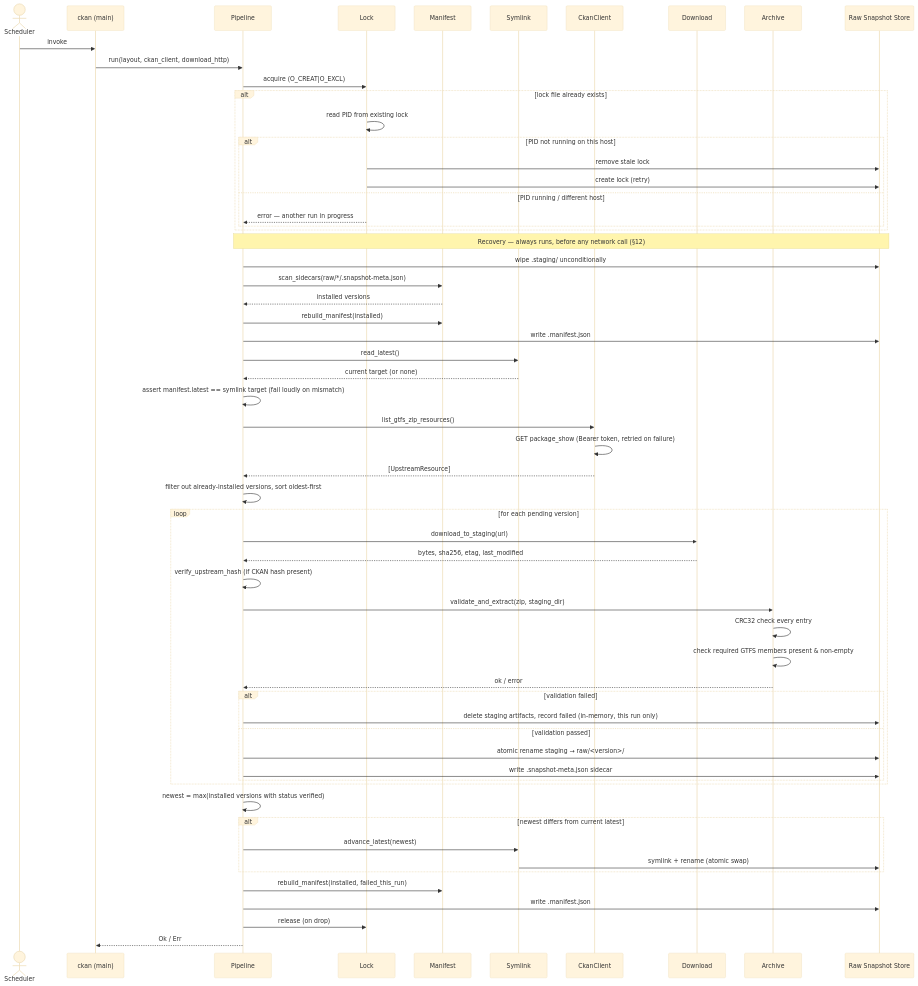
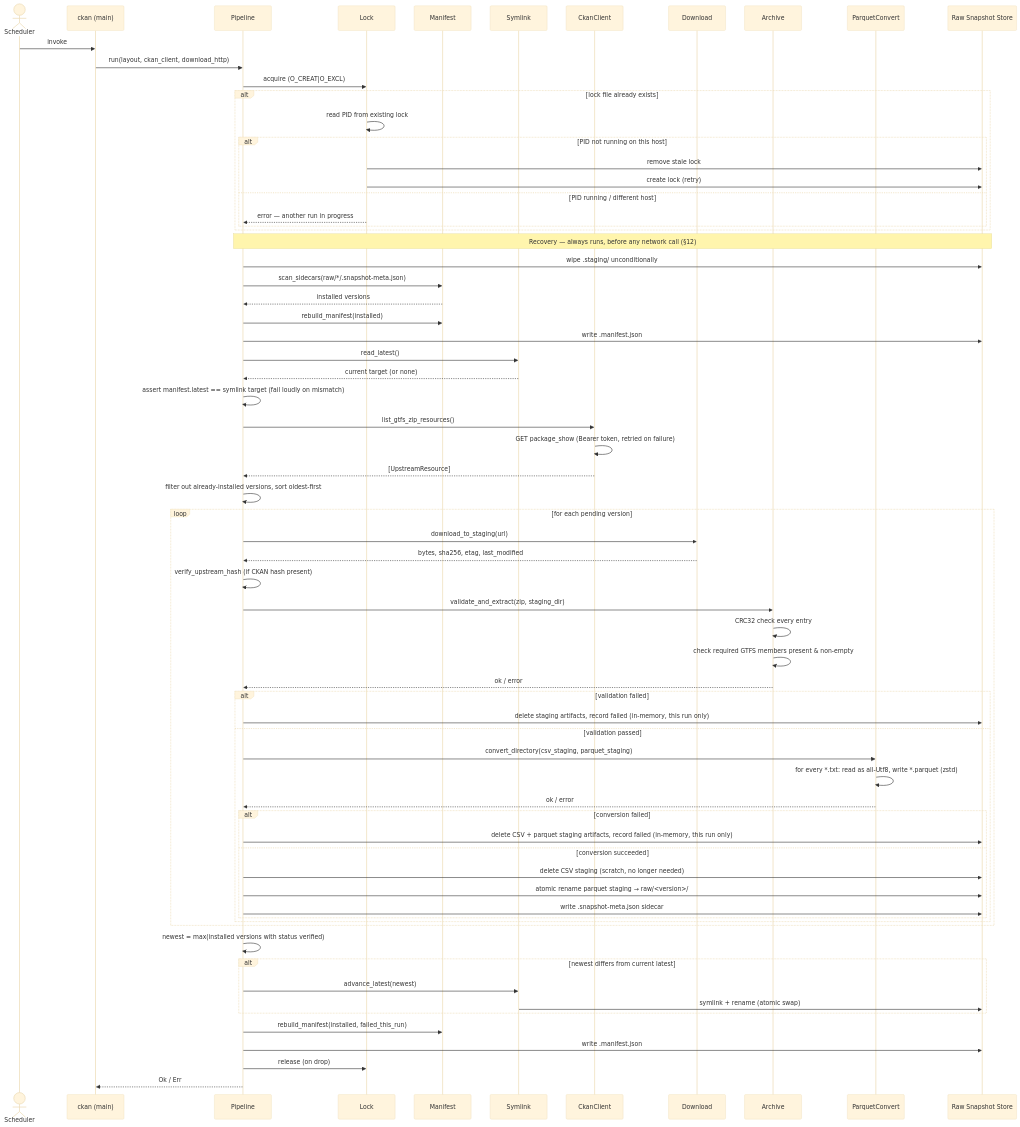
The diagram in docs/architecture/c4/ingestion/static-dynamic.md (Shreyas-Agarwal/transit-intelligence), drawn with Mermaid (base theme) before and after one commit. The commit also changed 30 other files, not shown here.

````diff
--- a/docs/architecture/c4/ingestion/static-dynamic.md
+++ b/docs/architecture/c4/ingestion/static-dynamic.md
@@ -7,69 +7,78 @@
 ```mermaid
 sequenceDiagram
     actor Scheduler
     participant CLI as ckan (main)
     participant Pipeline
     participant Lock
     participant Manifest
     participant Symlink
     participant CkanClient
     participant Download
     participant Archive
+    participant ParquetConvert
     participant Raw as Raw Snapshot Store
 
     Scheduler->>CLI: invoke
     CLI->>Pipeline: run(layout, ckan_client, download_http)
 
     Pipeline->>Lock: acquire (O_CREAT|O_EXCL)
     alt lock file already exists
         Lock->>Lock: read PID from existing lock
         alt PID not running on this host
             Lock->>Raw: remove stale lock
             Lock->>Raw: create lock (retry)
         else PID running / different host
             Lock-->>Pipeline: error — another run in progress
         end
     end
 
     Note over Pipeline,Raw: Recovery — always runs, before any network call (§12)
     Pipeline->>Raw: wipe .staging/ unconditionally
     Pipeline->>Manifest: scan_sidecars(raw/*/.snapshot-meta.json)
     Manifest-->>Pipeline: installed versions
     Pipeline->>Manifest: rebuild_manifest(installed)
     Pipeline->>Raw: write .manifest.json
     Pipeline->>Symlink: read_latest()
     Symlink-->>Pipeline: current target (or none)
     Pipeline->>Pipeline: assert manifest.latest == symlink target (fail loudly on mismatch)
 
     Pipeline->>CkanClient: list_gtfs_zip_resources()
     CkanClient->>CkanClient: GET package_show (Bearer token, retried on failure)
     CkanClient-->>Pipeline: [UpstreamResource]
     Pipeline->>Pipeline: filter out already-installed versions, sort oldest-first
 
     loop for each pending version
         Pipeline->>Download: download_to_staging(url)
         Download-->>Pipeline: bytes, sha256, etag, last_modified
         Pipeline->>Pipeline: verify_upstream_hash (if CKAN hash present)
         Pipeline->>Archive: validate_and_extract(zip, staging_dir)
         Archive->>Archive: CRC32 check every entry
         Archive->>Archive: check required GTFS members present & non-empty
         Archive-->>Pipeline: ok / error
         alt validation failed
             Pipeline->>Raw: delete staging artifacts, record failed (in-memory, this run only)
         else validation passed
-            Pipeline->>Raw: atomic rename staging → raw/<version>/
-            Pipeline->>Raw: write .snapshot-meta.json sidecar
+            Pipeline->>ParquetConvert: convert_directory(csv_staging, parquet_staging)
+            ParquetConvert->>ParquetConvert: for every *.txt: read as all-Utf8, write *.parquet (zstd)
+            ParquetConvert-->>Pipeline: ok / error
+            alt conversion failed
+                Pipeline->>Raw: delete CSV + parquet staging artifacts, record failed (in-memory, this run only)
+            else conversion succeeded
+                Pipeline->>Raw: delete CSV staging (scratch, no longer needed)
+                Pipeline->>Raw: atomic rename parquet staging → raw/<version>/
+                Pipeline->>Raw: write .snapshot-meta.json sidecar
+            end
         end
     end
 
     Pipeline->>Pipeline: newest = max(installed versions with status verified)
     alt newest differs from current latest
         Pipeline->>Symlink: advance_latest(newest)
         Symlink->>Raw: symlink + rename (atomic swap)
     end
 
     Pipeline->>Manifest: rebuild_manifest(installed, failed_this_run)
     Pipeline->>Raw: write .manifest.json
     Pipeline->>Lock: release (on drop)
     Pipeline-->>CLI: Ok / Err
 ```
````
